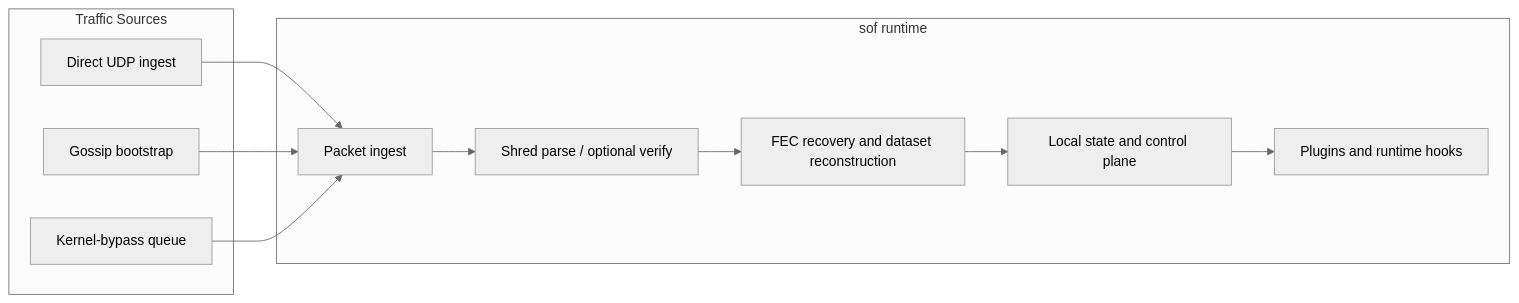
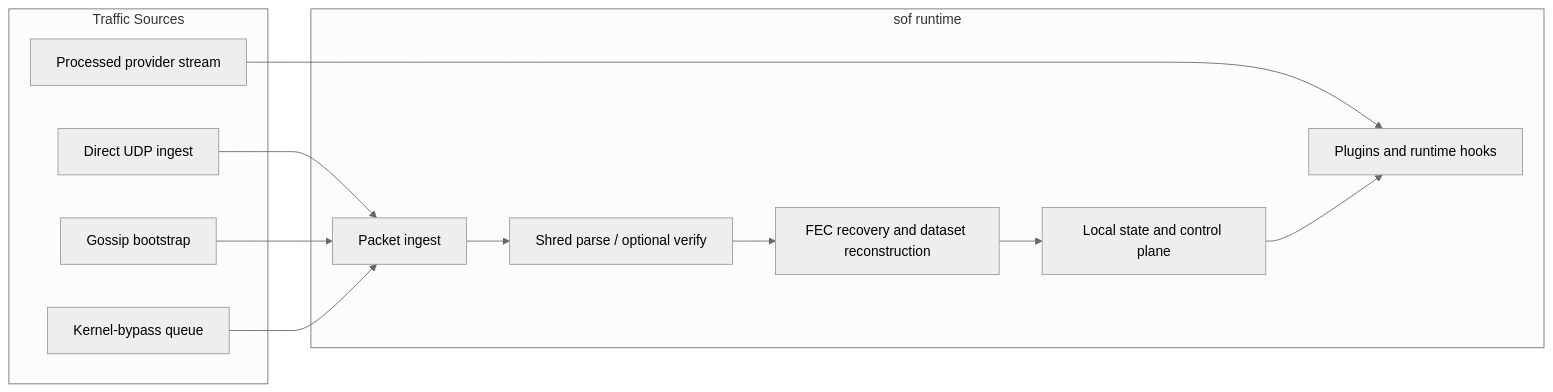
The diagram in docs/gitbook/architecture/system-overview.md (Lythaeon/sof), drawn with Mermaid (neutral theme) before and after one commit. The commit also changed other lines of this file and 6 other files, not shown here.

Commit message:
docs(gitbook): refresh provider and architecture guidance

```diff
--- a/docs/gitbook/architecture/system-overview.md
+++ b/docs/gitbook/architecture/system-overview.md
@@ -10,21 +10,23 @@
 <div class="mermaid">
 flowchart LR
     subgraph Sources["Traffic Sources"]
         UDP["Direct UDP ingest"]
         GOSSIP["Gossip bootstrap"]
         KB["Kernel-bypass queue"]
+        PROVIDER["Processed provider stream"]
     end
 
     subgraph Runtime["sof runtime"]
         INGEST["Packet ingest"]
         PARSE["Shred parse / optional verify"]
         FEC["FEC recovery and dataset reconstruction"]
         STATE["Local state and control plane"]
         HOOKS["Plugins and runtime hooks"]
     end
 
     UDP --> INGEST
     GOSSIP --> INGEST
     KB --> INGEST
+    PROVIDER --> HOOKS
     INGEST --> PARSE --> FEC --> STATE --> HOOKS
 </div>
```
